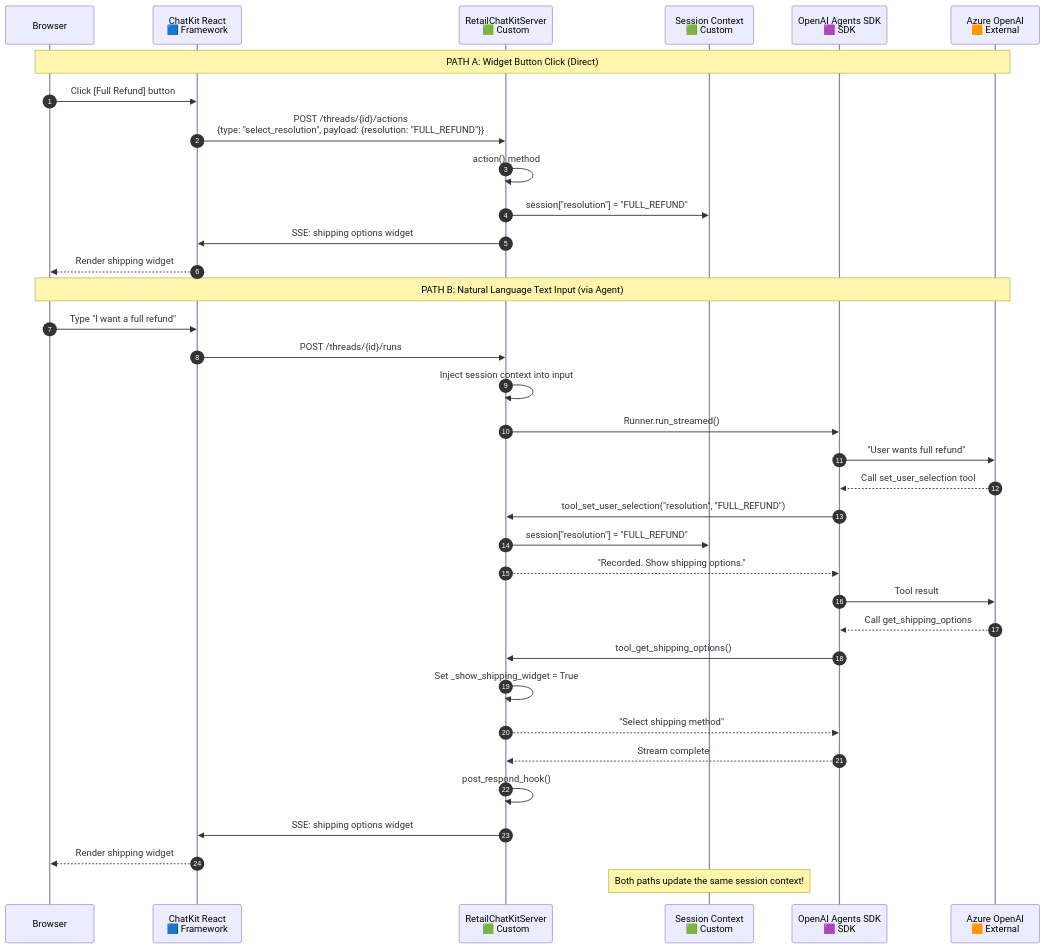
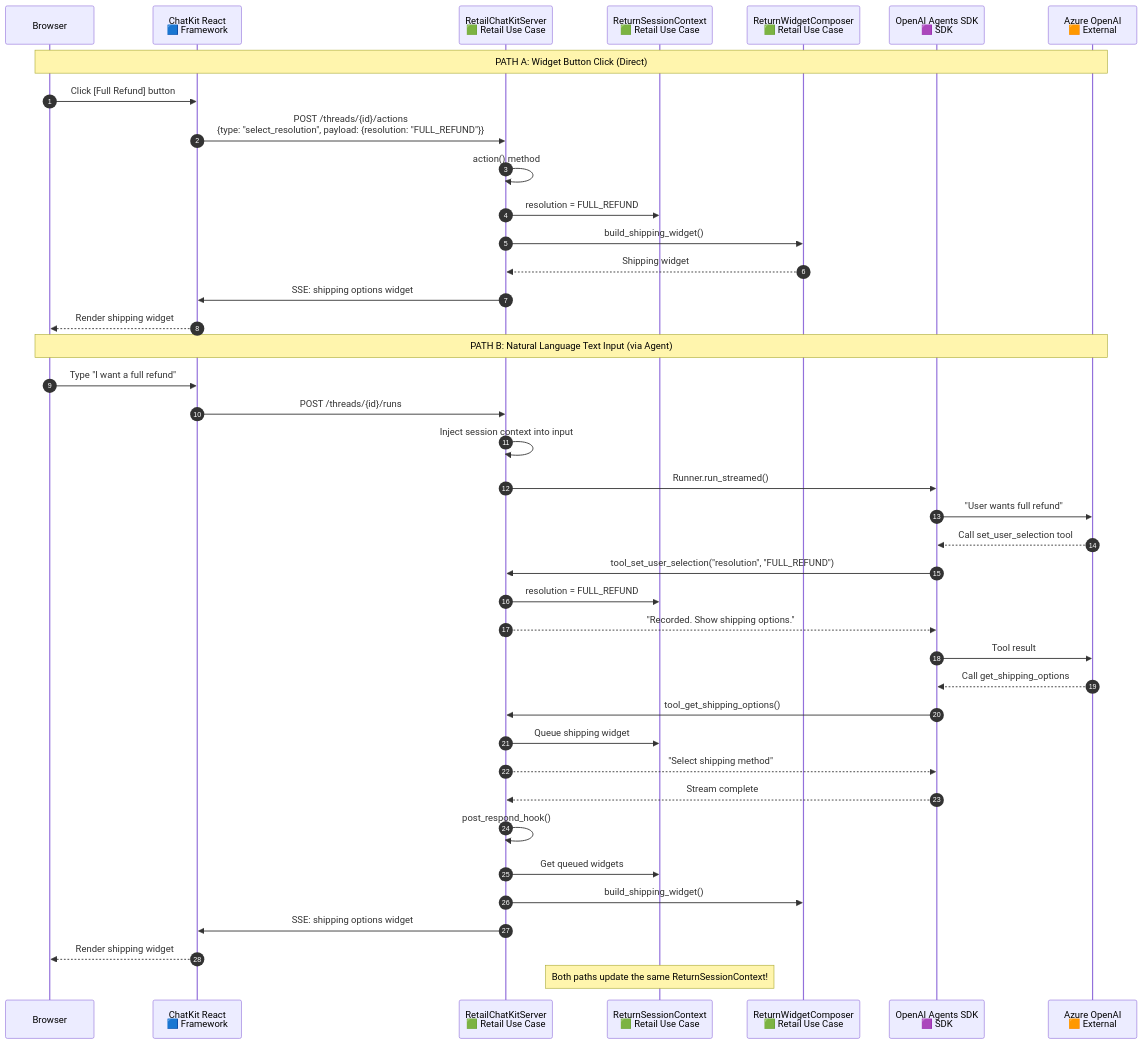
Before and after one commit to MSFT-Innovation-Hub-India/Chatkit-Order-Return-Sample: the sixth of 12 diagrams in docs/DIAGRAMS.md, drawn with Mermaid. The commit also changed other lines of this file and 26 other files, not shown here.

````diff
--- a/docs/DIAGRAMS.md
+++ b/docs/DIAGRAMS.md
@@ -433,43 +545,48 @@
 ```mermaid
 sequenceDiagram
     autonumber
     
     participant Browser
     participant ChatKitReact as ChatKit React<br/>🟦 Framework
-    participant RetailServer as RetailChatKitServer<br/>🟩 Custom
-    participant SessionCtx as Session Context<br/>🟩 Custom
+    participant RetailServer as RetailChatKitServer<br/>🟩 Retail Use Case
+    participant SessionCtx as ReturnSessionContext<br/>🟩 Retail Use Case
+    participant WidgetComposer as ReturnWidgetComposer<br/>🟩 Retail Use Case
     participant AgentSDK as OpenAI Agents SDK<br/>🟪 SDK
     participant AzureOpenAI as Azure OpenAI<br/>🟧 External
 
     Note over Browser,AzureOpenAI: PATH A: Widget Button Click (Direct)
 
     Browser->>ChatKitReact: Click [Full Refund] button
     ChatKitReact->>RetailServer: POST /threads/{id}/actions<br/>{type: "select_resolution", payload: {resolution: "FULL_REFUND"}}
     RetailServer->>RetailServer: action() method
-    RetailServer->>SessionCtx: session["resolution"] = "FULL_REFUND"
+    RetailServer->>SessionCtx: resolution = FULL_REFUND
+    RetailServer->>WidgetComposer: build_shipping_widget()
+    WidgetComposer-->>RetailServer: Shipping widget
     RetailServer->>ChatKitReact: SSE: shipping options widget
     ChatKitReact-->>Browser: Render shipping widget
 
     Note over Browser,AzureOpenAI: PATH B: Natural Language Text Input (via Agent)
 
     Browser->>ChatKitReact: Type "I want a full refund"
     ChatKitReact->>RetailServer: POST /threads/{id}/runs
     RetailServer->>RetailServer: Inject session context into input
     RetailServer->>AgentSDK: Runner.run_streamed()
     AgentSDK->>AzureOpenAI: "User wants full refund"
     AzureOpenAI-->>AgentSDK: Call set_user_selection tool
     AgentSDK->>RetailServer: tool_set_user_selection("resolution", "FULL_REFUND")
-    RetailServer->>SessionCtx: session["resolution"] = "FULL_REFUND"
+    RetailServer->>SessionCtx: resolution = FULL_REFUND
     RetailServer-->>AgentSDK: "Recorded. Show shipping options."
     AgentSDK->>AzureOpenAI: Tool result
     AzureOpenAI-->>AgentSDK: Call get_shipping_options
     AgentSDK->>RetailServer: tool_get_shipping_options()
-    RetailServer->>RetailServer: Set _show_shipping_widget = True
+    RetailServer->>SessionCtx: Queue shipping widget
     RetailServer-->>AgentSDK: "Select shipping method"
     AgentSDK-->>RetailServer: Stream complete
     RetailServer->>RetailServer: post_respond_hook()
+    RetailServer->>SessionCtx: Get queued widgets
+    RetailServer->>WidgetComposer: build_shipping_widget()
     RetailServer->>ChatKitReact: SSE: shipping options widget
     ChatKitReact-->>Browser: Render shipping widget
 
-    Note over SessionCtx: Both paths update the same session context!
+    Note over SessionCtx: Both paths update the same ReturnSessionContext!
 ```
````
